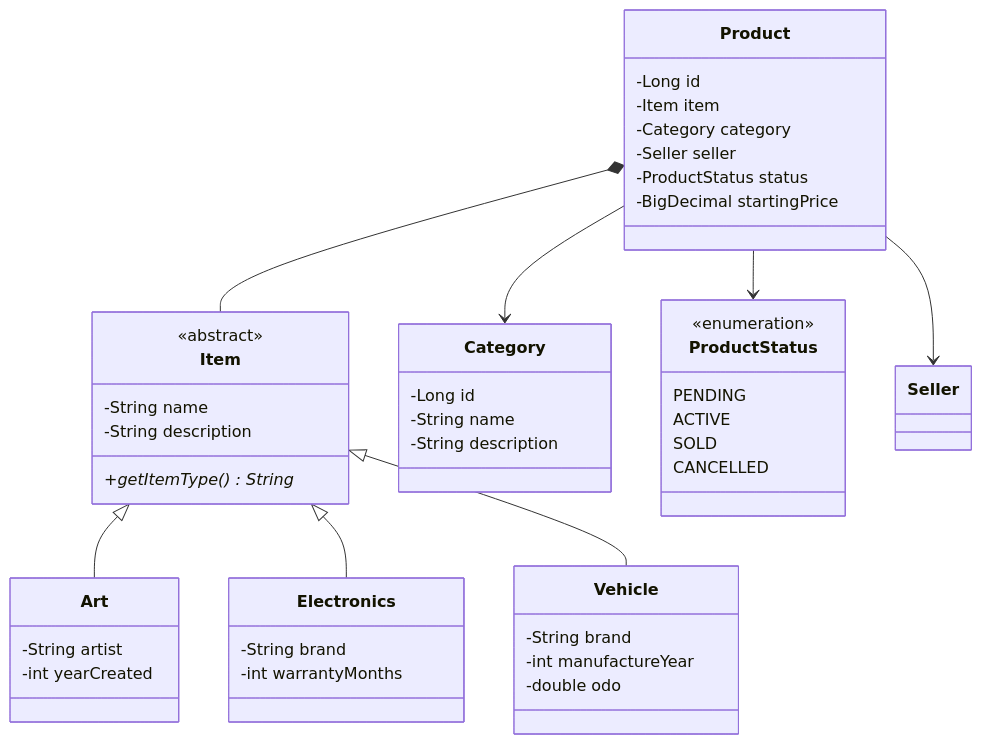
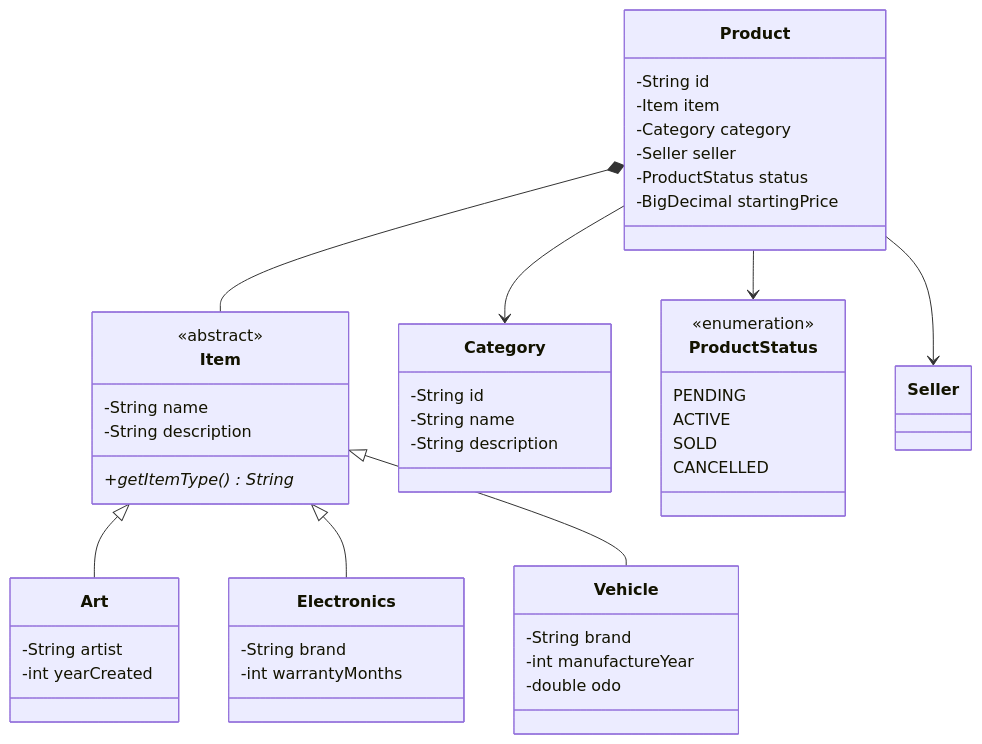
The second of 4 diagrams in Class_Diagram.md (25020823-LeVanThanh/BTL-6), drawn with Mermaid before and after one commit. The commit also changed 9 other files, not shown here.

````diff
--- a/Class_Diagram.md
+++ b/Class_Diagram.md
@@ -58,50 +58,50 @@
 ```mermaid
 classDiagram
     class Item {
         <<abstract>>
         -String name
         -String description
         +getItemType()* String
     }
     class Art {
         -String artist
         -int yearCreated
     }
     class Electronics {
         -String brand
         -int warrantyMonths
     }
     class Vehicle {
         -String brand
         -int manufactureYear
         -double odo
     }
     class Product {
-        -Long id
+        -String id
         -Item item
         -Category category
         -Seller seller
         -ProductStatus status
         -BigDecimal startingPrice
     }
     class Category {
-        -Long id
+        -String id
         -String name
         -String description
     }
     class ProductStatus {
         <<enumeration>>
         PENDING
         ACTIVE
         SOLD
         CANCELLED
     }
 
     Item <|-- Art
     Item <|-- Electronics
     Item <|-- Vehicle
     Product *-- Item
     Product --> Category
     Product --> Seller
     Product --> ProductStatus
 ```
````
